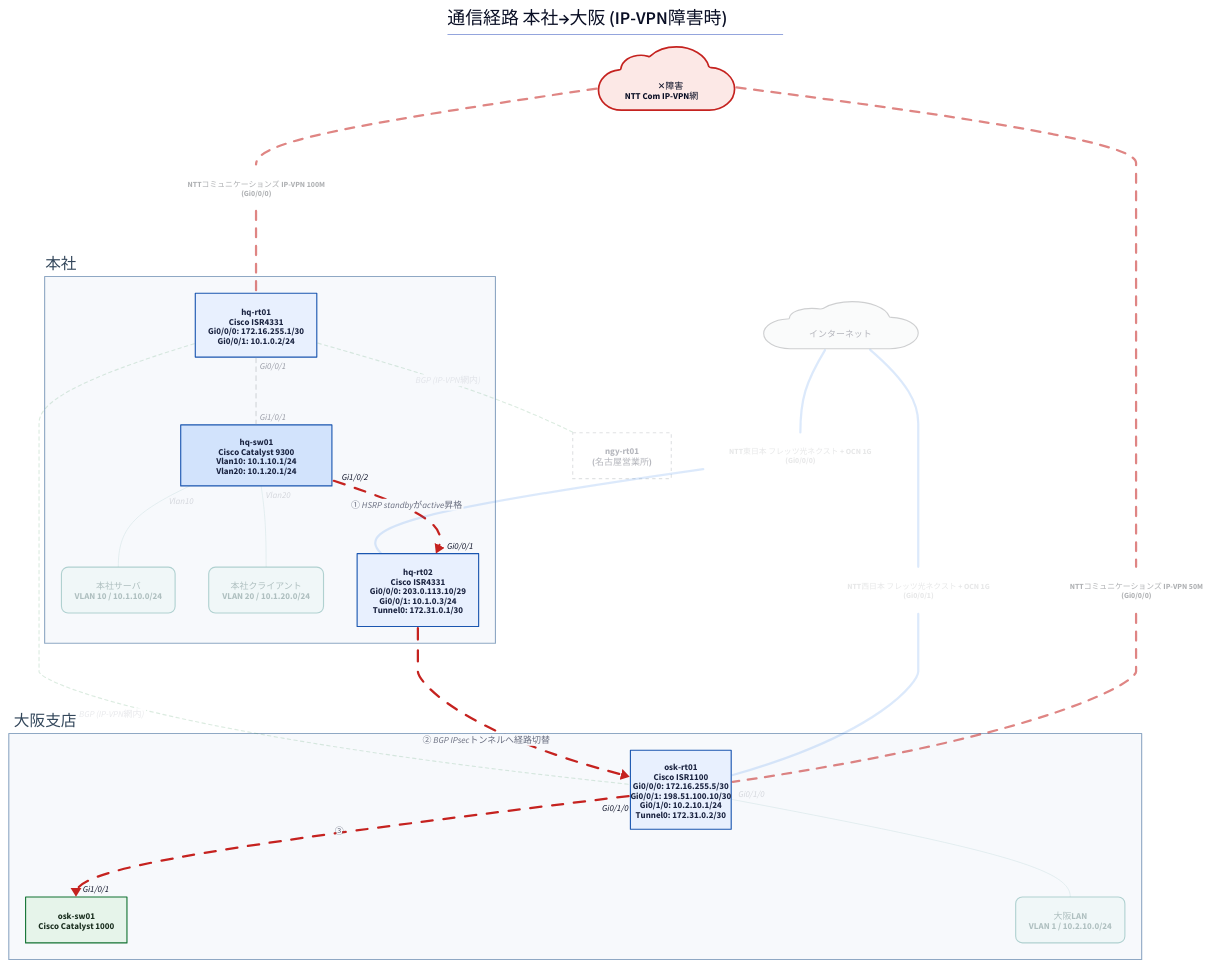
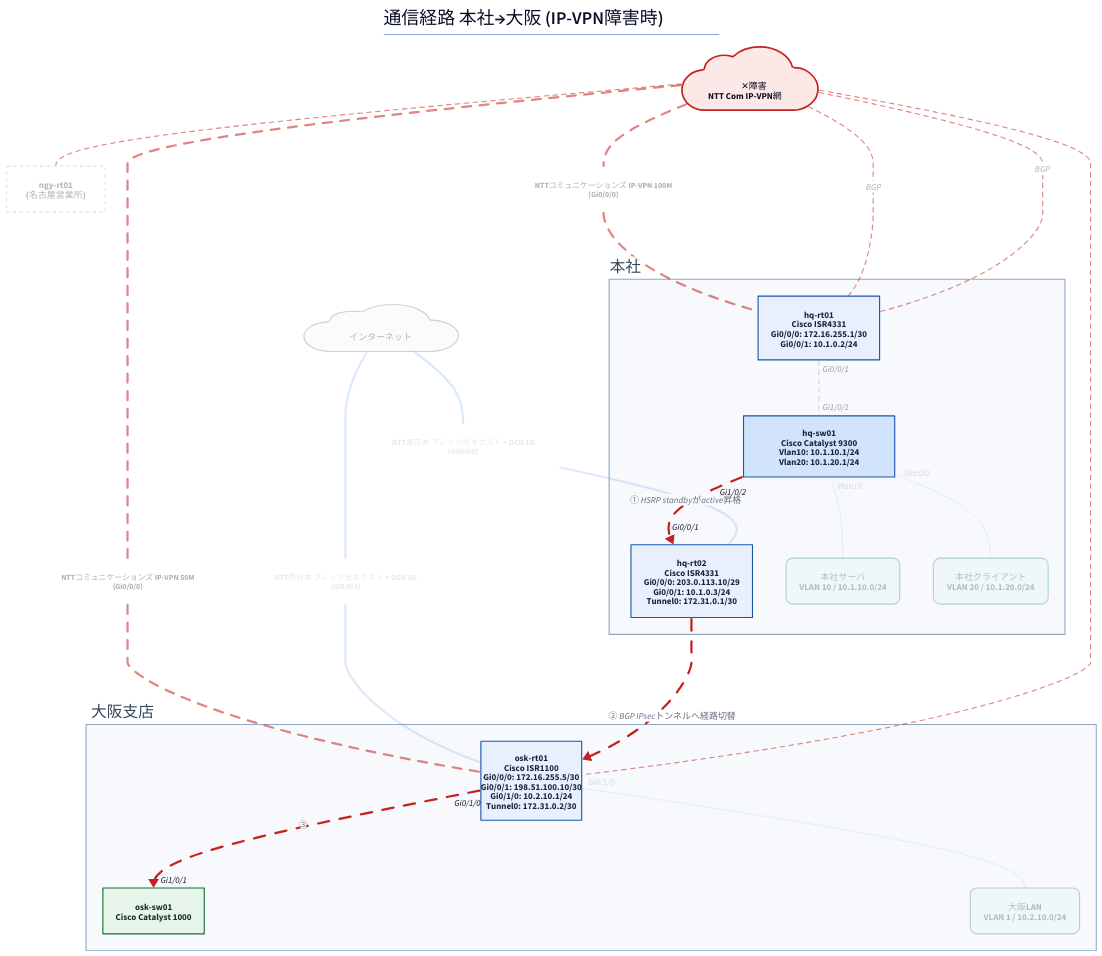
Before and after one commit to thinas1115/nwdsl: the diagram in examples/sample-corp/generated/path-ipvpn-fail.d2, drawn with D2. The commit also changed 52 other files, not shown here.

First line of the commit message:
論理図の表現改善: D2エリア名ラベル復活 / 面塗りフラット化 / via による網経由描画

```diff
--- a/examples/sample-corp/generated/path-ipvpn-fail.d2
+++ b/examples/sample-corp/generated/path-ipvpn-fail.d2
@@ -1,67 +1,69 @@
 title: |md
   # 通信経路 本社→大阪 (IP-VPN障害時)
 | {near: top-center}
 direction: down
 
 classes: {
   role-router: {style.fill: "#e8f0fe"; style.stroke: "#1a56b0"; style.font-color: "#1a2340"}
   role-l3switch: {style.fill: "#d2e3fc"; style.stroke: "#1a56b0"; style.font-color: "#1a2340"}
   role-l2switch: {style.fill: "#e6f4ea"; style.stroke: "#137333"; style.font-color: "#1a2e1f"}
   role-firewall: {style.fill: "#fce8e6"; style.stroke: "#c5221f"; style.font-color: "#3c1a19"}
   role-other: {style.fill: "#f1f3f4"; style.stroke: "#5f6368"; style.font-color: "#202124"}
   node-cloud: {shape: cloud; style.fill: "#f1f3f4"; style.stroke: "#5f6368"}
   node-site: {style.fill: "#fff8e1"; style.stroke: "#b58105"; style.font-color: "#4a3a08"}
   node-segment: {style.fill: "#e2f5f0"; style.stroke: "#0f766e"; style.font-color: "#0b3d38"; style.border-radius: 12}
   node-external: {style.fill: "#ffffff"; style.stroke: "#9aa0a6"; style.stroke-dash: 3}
   group-site: {style.fill: "#f7f9fc"; style.stroke: "#8fa8c4"; style.font-color: "#33475b"}
   edge-label: {style.fill: "transparent"; style.stroke: "transparent"; style.font-size: 14; style.font-color: "#5f6368"; style.italic: true}
   edge-lan-cable: {style.stroke: "#4a4a4a"; style.stroke-width: 2}
   edge-wan-circuit: {style.stroke: "#1a73e8"; style.stroke-width: 4}
   edge-tunnel: {style.stroke: "#7b1fa2"; style.stroke-width: 2; style.stroke-dash: 5}
   edge-logical: {style.stroke: "#188038"; style.stroke-width: 2; style.stroke-dash: 3}
   edge-segment: {style.stroke: "#0f766e"; style.stroke-width: 1}
 }
 
 s_hq: "本社" {
   class: group-site
   label.near: outside-top-left
   n_hq_rt01: "hq-rt01\nCisco ISR4331\nGi0/0/0: 172.16.255.1/30\nGi0/0/1: 10.1.0.2/24" {class: role-router}
   n_hq_sw01: "hq-sw01\nCisco Catalyst 9300\nVlan10: 10.1.10.1/24\nVlan20: 10.1.20.1/24" {class: role-l3switch; width: 270}
   n_hq_rt02: "hq-rt02\nCisco ISR4331\nGi0/0/0: 203.0.113.10/29\nGi0/0/1: 10.1.0.3/24\nTunnel0: 172.31.0.1/30" {class: role-router}
   n_seg__hq_server: "本社サーバ\nVLAN 10 / 10.1.10.0/24" {class: node-segment; style.opacity: 0.3}
   n_seg__hq_client: "本社クライアント\nVLAN 20 / 10.1.20.0/24" {class: node-segment; style.opacity: 0.3}
 }
 
 s_osk: "大阪支店" {
   class: group-site
   label.near: outside-top-left
   n_osk_rt01: "osk-rt01\nCisco ISR1100\nGi0/0/0: 172.16.255.5/30\nGi0/0/1: 198.51.100.10/30\nGi0/1/0: 10.2.10.1/24\nTunnel0: 172.31.0.2/30" {class: role-router; width: 180}
   n_osk_sw01: "osk-sw01\nCisco Catalyst 1000" {class: role-l2switch}
   n_seg__osk_lan: "大阪LAN\nVLAN 1 / 10.2.10.0/24" {class: node-segment; style.opacity: 0.3}
 }
 
 n_ipvpn: "　✕障害\nNTT Com IP-VPN網　" {class: node-cloud; style.stroke: "#c5221f"; style.fill: "#fce8e6"; style.stroke-width: 3}
 n_internet: "　インターネット　" {class: node-cloud; style.opacity: 0.3}
 n_ngy_rt01: "ngy-rt01\n(名古屋営業所)" {class: node-external; style.opacity: 0.3}
 
 s_hq.n_hq_rt01 -- s_hq.n_hq_sw01 {class: edge-lan-cable; source-arrowhead.label: "Gi0/0/1"; target-arrowhead.label: "Gi1/0/1"; style.stroke: "#9aa0a6"; style.stroke-dash: 4; style.opacity: 0.4}
 s_hq.n_hq_sw01 -> s_hq.n_hq_rt02: "① HSRP standbyがactive昇格" {class: edge-lan-cable; source-arrowhead.label: "Gi1/0/2"; target-arrowhead.label: "Gi0/0/1"; style.stroke: "#c5221f"; style.stroke-width: 4; style.animated: true}
 s_osk.n_osk_rt01 -> s_osk.n_osk_sw01: "③" {class: edge-lan-cable; source-arrowhead.label: "Gi0/1/0"; target-arrowhead.label: "Gi1/0/1"; style.stroke: "#c5221f"; style.stroke-width: 4; style.animated: true}
 lbl_3: "NTTコミュニケーションズ IP-VPN 100M\n(Gi0/0/0)" {class: edge-label; style.opacity: 0.5}
 n_ipvpn -- lbl_3 {class: edge-wan-circuit; style.stroke: "#c5221f"; style.stroke-dash: 4; style.opacity: 0.55}
 lbl_3 -- s_hq.n_hq_rt01 {class: edge-wan-circuit; style.stroke: "#c5221f"; style.stroke-dash: 4; style.opacity: 0.55}
 lbl_4: "NTTコミュニケーションズ IP-VPN 50M\n(Gi0/0/0)" {class: edge-label; style.opacity: 0.5}
 n_ipvpn -- lbl_4 {class: edge-wan-circuit; style.stroke: "#c5221f"; style.stroke-dash: 4; style.opacity: 0.55}
 lbl_4 -- s_osk.n_osk_rt01 {class: edge-wan-circuit; style.stroke: "#c5221f"; style.stroke-dash: 4; style.opacity: 0.55}
 lbl_5: "NTT東日本 フレッツ光ネクスト + OCN 1G\n(Gi0/0/0)" {class: edge-label; style.opacity: 0.15}
 n_internet -- lbl_5 {class: edge-wan-circuit; style.opacity: 0.15}
 lbl_5 -- s_hq.n_hq_rt02 {class: edge-wan-circuit; style.opacity: 0.15}
 lbl_6: "NTT西日本 フレッツ光ネクスト + OCN 1G\n(Gi0/0/1)" {class: edge-label; style.opacity: 0.15}
 n_internet -- lbl_6 {class: edge-wan-circuit; style.opacity: 0.15}
 lbl_6 -- s_osk.n_osk_rt01 {class: edge-wan-circuit; style.opacity: 0.15}
 s_hq.n_hq_rt02 -> s_osk.n_osk_rt01: "② BGP IPsecトンネルへ経路切替" {class: edge-tunnel; style.stroke: "#c5221f"; style.stroke-width: 4; style.animated: true}
-s_hq.n_hq_rt01 -- s_osk.n_osk_rt01: "BGP (IP-VPN網内)" {class: edge-logical; style.opacity: 0.15}
-s_hq.n_hq_rt01 -- n_ngy_rt01: "BGP (IP-VPN網内)" {class: edge-logical; style.opacity: 0.15}
+n_ipvpn -- s_hq.n_hq_rt01: "BGP" {class: edge-logical; style.stroke: "#c5221f"; style.stroke-dash: 4; style.opacity: 0.55}
+n_ipvpn -- s_osk.n_osk_rt01 {class: edge-logical; style.stroke: "#c5221f"; style.stroke-dash: 4; style.opacity: 0.55}
+n_ipvpn -- s_hq.n_hq_rt01: "BGP" {class: edge-logical; style.stroke: "#c5221f"; style.stroke-dash: 4; style.opacity: 0.55}
+n_ipvpn -- n_ngy_rt01 {class: edge-logical; style.stroke: "#c5221f"; style.stroke-dash: 4; style.opacity: 0.55}
 s_hq.n_hq_sw01 -- s_hq.n_seg__hq_server {class: edge-segment; source-arrowhead.label: "Vlan10"; style.opacity: 0.15}
 s_hq.n_hq_sw01 -- s_hq.n_seg__hq_client {class: edge-segment; source-arrowhead.label: "Vlan20"; style.opacity: 0.15}
 s_osk.n_osk_rt01 -- s_osk.n_seg__osk_lan {class: edge-segment; source-arrowhead.label: "Gi0/1/0"; style.opacity: 0.15}
```
